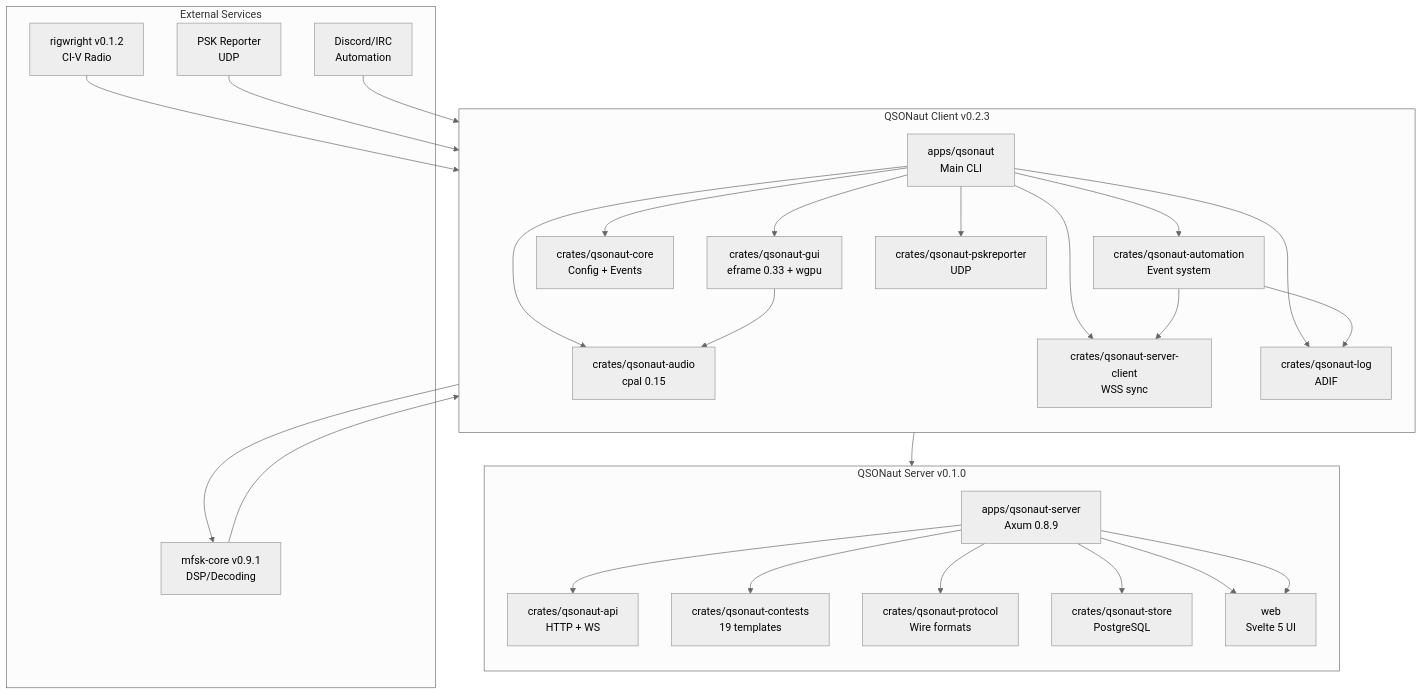
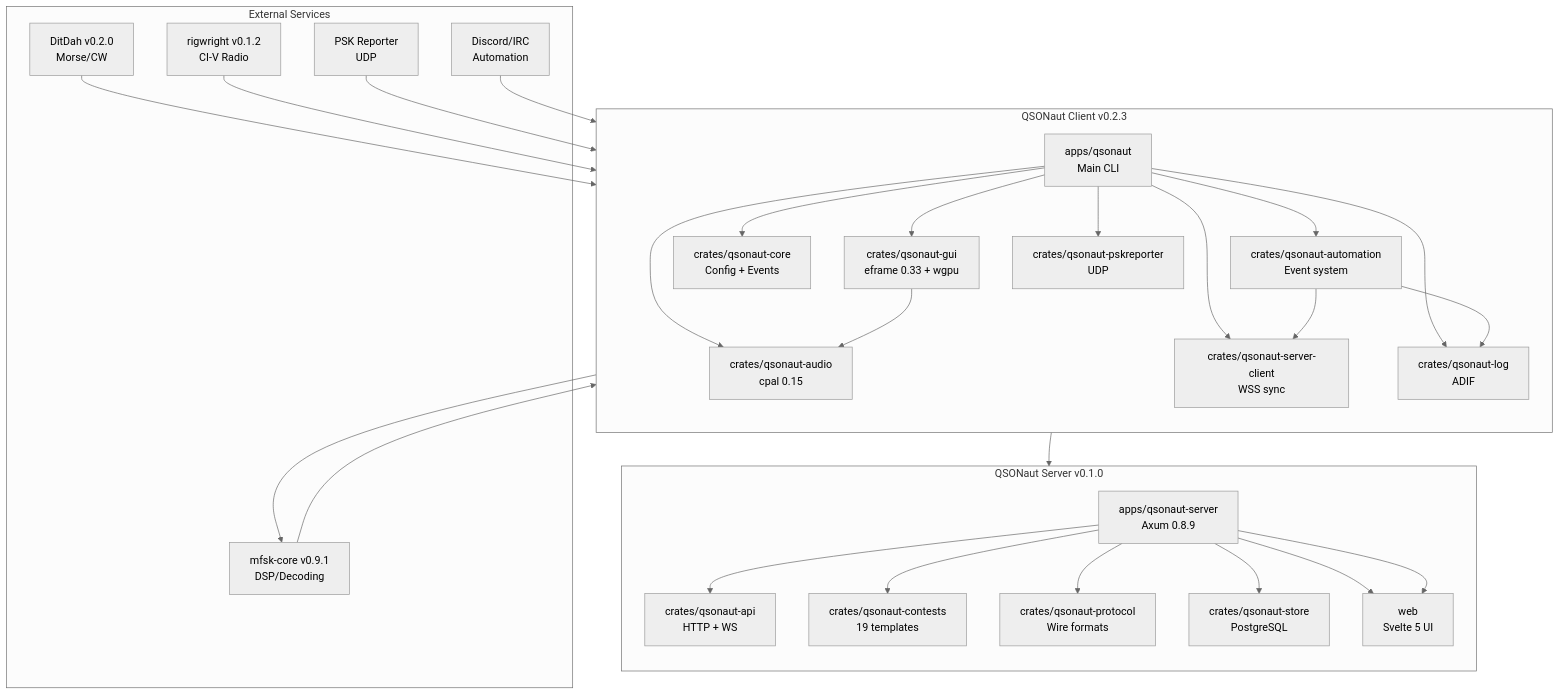
Before and after one commit to nicksbar/QSONaut: the first of 6 diagrams in docs/ARCHITECTURE.md, drawn with Mermaid (neutral theme). The commit also changed other lines of this file and 18 other files, not shown here.

````diff
--- a/docs/ARCHITECTURE.md
+++ b/docs/ARCHITECTURE.md
@@ -5,43 +5,45 @@
 ```mermaid
 graph TB
     subgraph QSONaut_Client["QSONaut Client v0.2.3"]
         direction TB
         A[apps/qsonaut<br/>Main CLI]
         A --> B[crates/qsonaut-gui<br/>eframe 0.33 + wgpu]
         A --> C[crates/qsonaut-core<br/>Config + Events]
         A --> F[crates/qsonaut-audio<br/>cpal 0.15]
         A --> G[crates/qsonaut-automation<br/>Event system]
         A --> H[crates/qsonaut-server-client<br/>WSS sync]
         A --> I[crates/qsonaut-log<br/>ADIF]
         A --> J[crates/qsonaut-pskreporter<br/>UDP]
         
         B --> F
         G --> H
         G --> I
     end
     
     subgraph QSONaut_Server["QSONaut Server v0.1.0"]
         direction TB
         K[apps/qsonaut-server<br/>Axum 0.8.9]
         K --> L[crates/qsonaut-api<br/>HTTP + WS]
         K --> M[crates/qsonaut-contests<br/>19 templates]
         K --> N[crates/qsonaut-protocol<br/>Wire formats]
         K --> O[crates/qsonaut-store<br/>PostgreSQL]
         K --> P[web<br/>Svelte 5 UI]
     end
     
     subgraph External["External Services"]
         Q[mfsk-core v0.9.1<br/>DSP/Decoding]
+        U[DitDah v0.2.0<br/>Morse/CW]
         R[rigwright v0.1.2<br/>CI-V Radio]
         S[PSK Reporter<br/>UDP]
         T[Discord/IRC<br/>Automation]
     end
     
     Q --> B
+    U --> B
     F --> Q
     R --> A
     S --> I
     T --> G
     H --> K
     K --> P
 ```
````
